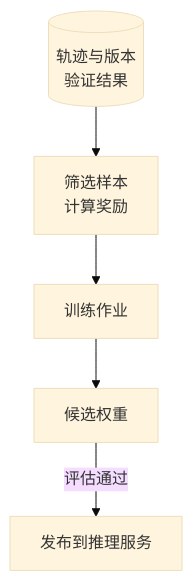
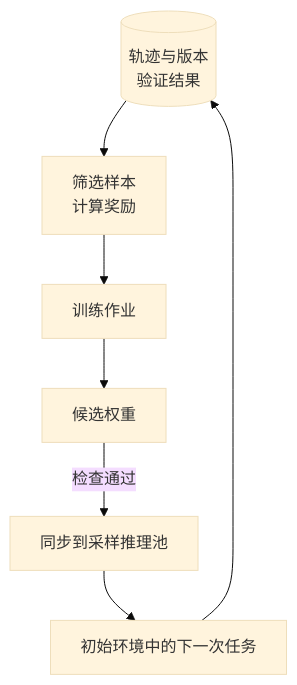
One commit to rcyw/desk changed the second of 2 diagrams in content/posts/kubernetes-ai-native-stack/index.md. Above: the diagram before and after it, drawn with Mermaid (base theme). The commit also changed other lines of this file and 1 other file, not shown here.

````diff
--- a/content/posts/kubernetes-ai-native-stack/index.md
+++ b/content/posts/kubernetes-ai-native-stack/index.md
@@ -130,9 +149,11 @@
 ```mermaid
 flowchart TD
   accTitle: 任务轨迹怎样进入训练和后续推理
-  accDescr: 带版本的轨迹与验证器结果用于筛选样本和计算奖励。训练得到候选权重，评估通过后发布给后续推理服务。
+  accDescr: 带版本的轨迹与验证器结果用于筛选样本和计算奖励。训练得到候选权重，检查通过后同步到采样推理池，并在初始环境运行下一次任务。
   T[("轨迹与版本<br/>验证结果")] --> F["筛选样本<br/>计算奖励"]
   F --> J[训练作业]
   J --> W[候选权重]
-  W -->|评估通过| I[发布到推理服务]
+  W -->|检查通过| I[同步到采样推理池]
+  I --> N[初始环境中的下一次任务]
+  N --> T
 ```
````
